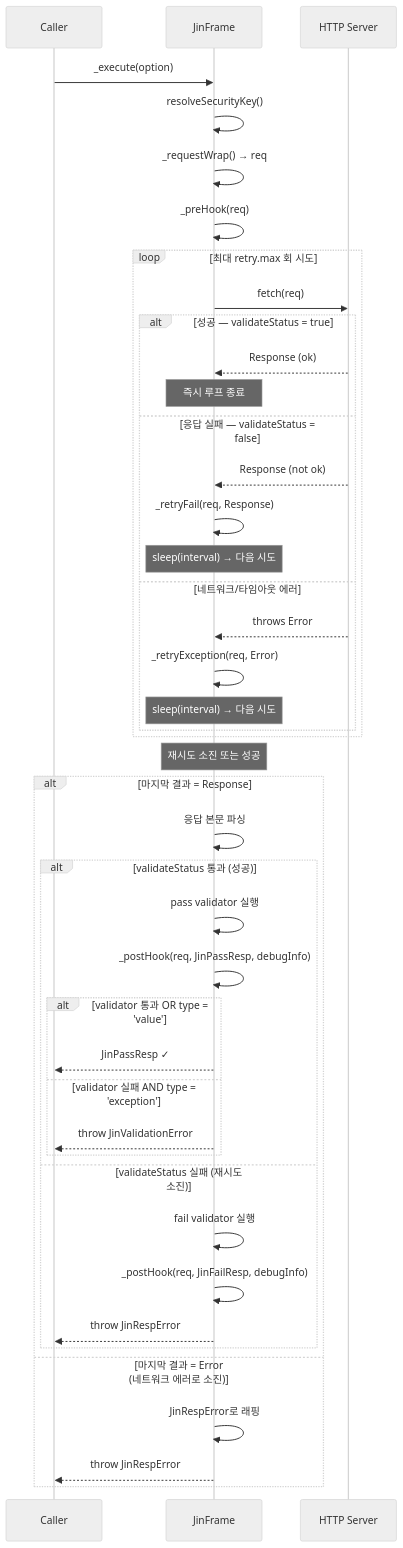
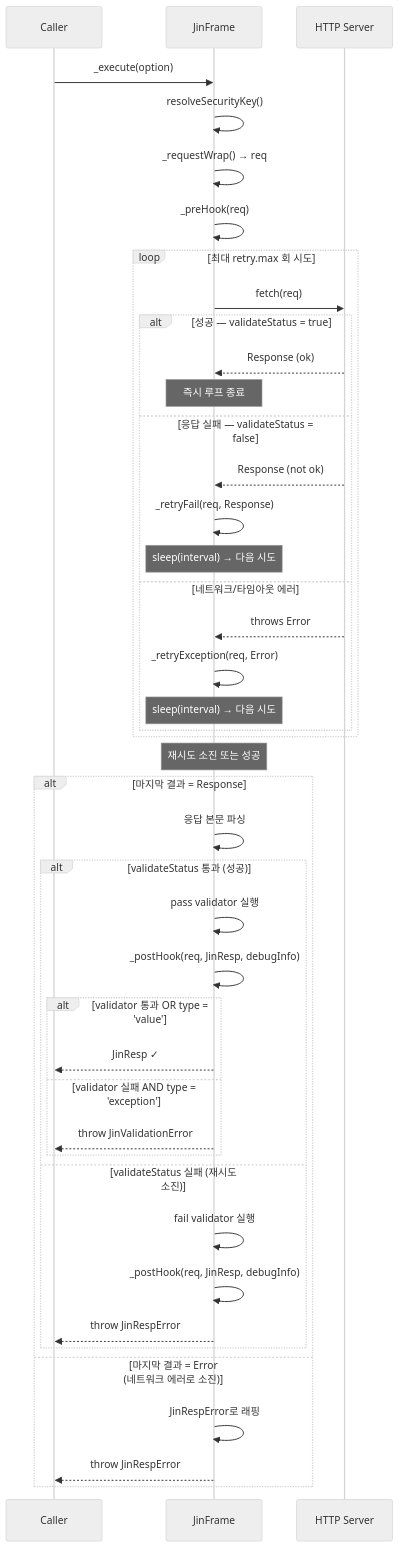
One commit to imjuni/jin-frame changed the diagram in packages/jin-frame/docs/ko/method/hook.md. Above: the diagram before and after it, drawn with Mermaid (neutral theme). The commit also changed other lines of this file and 53 other files, not shown here.

````diff
--- a/packages/jin-frame/docs/ko/method/hook.md
+++ b/packages/jin-frame/docs/ko/method/hook.md
@@ -171,49 +171,49 @@
 ```mermaid
 sequenceDiagram
     participant Caller
     participant JinFrame
     participant Server as HTTP Server
 
     Caller->>JinFrame: _execute(option)
     JinFrame->>JinFrame: resolveSecurityKey()
     JinFrame->>JinFrame: _requestWrap() → req
     JinFrame->>JinFrame: _preHook(req)
 
     loop 최대 retry.max 회 시도
         JinFrame->>Server: fetch(req)
         alt 성공 — validateStatus = true
             Server-->>JinFrame: Response (ok)
             Note over JinFrame: 즉시 루프 종료
         else 응답 실패 — validateStatus = false
             Server-->>JinFrame: Response (not ok)
             JinFrame->>JinFrame: _retryFail(req, Response)
             Note over JinFrame: sleep(interval) → 다음 시도
         else 네트워크/타임아웃 에러
             Server-->>JinFrame: throws Error
             JinFrame->>JinFrame: _retryException(req, Error)
             Note over JinFrame: sleep(interval) → 다음 시도
         end
     end
 
     Note over JinFrame: 재시도 소진 또는 성공
 
     alt 마지막 결과 = Response
         JinFrame->>JinFrame: 응답 본문 파싱
         alt validateStatus 통과 (성공)
             JinFrame->>JinFrame: pass validator 실행
-            JinFrame->>JinFrame: _postHook(req, JinPassResp, debugInfo)
+            JinFrame->>JinFrame: _postHook(req, JinResp, debugInfo)
             alt validator 통과 OR type = 'value'
-                JinFrame-->>Caller: JinPassResp ✓
+                JinFrame-->>Caller: JinResp ✓
             else validator 실패 AND type = 'exception'
                 JinFrame-->>Caller: throw JinValidationError
             end
         else validateStatus 실패 (재시도 소진)
             JinFrame->>JinFrame: fail validator 실행
-            JinFrame->>JinFrame: _postHook(req, JinFailResp, debugInfo)
+            JinFrame->>JinFrame: _postHook(req, JinResp, debugInfo)
             JinFrame-->>Caller: throw JinRespError
         end
     else 마지막 결과 = Error (네트워크 에러로 소진)
         JinFrame->>JinFrame: JinRespError로 래핑
         JinFrame-->>Caller: throw JinRespError
     end
 ```
````
